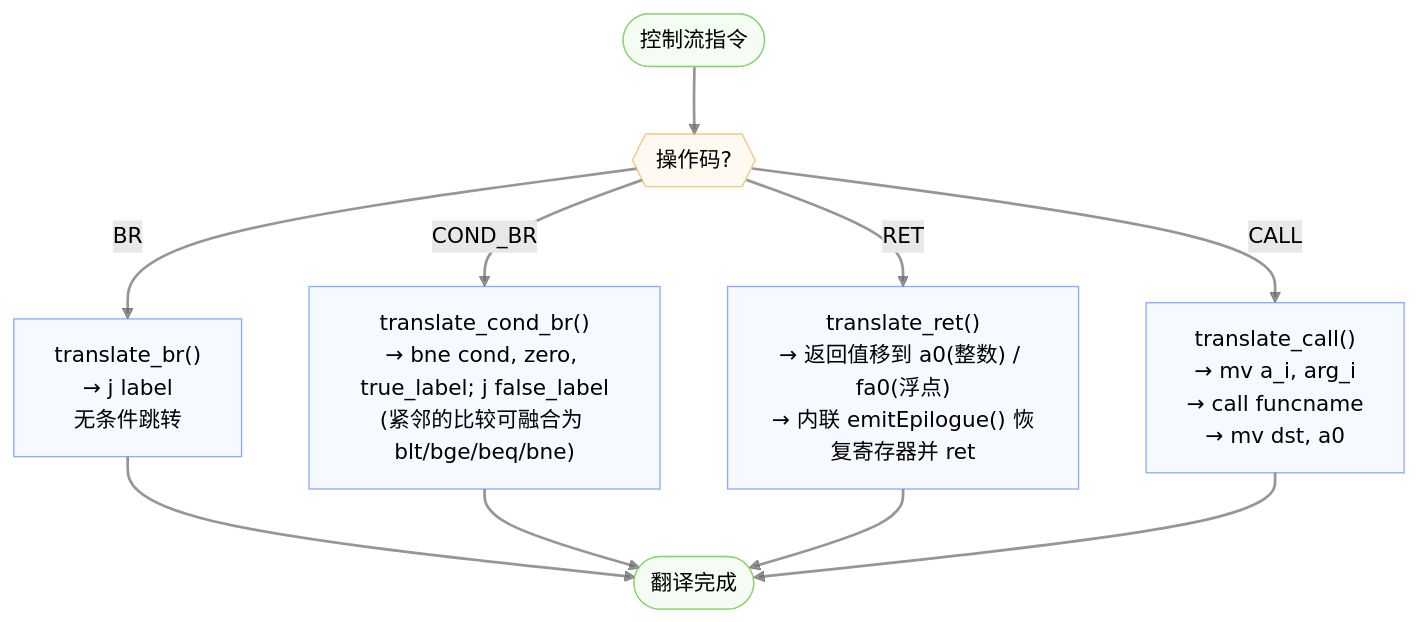
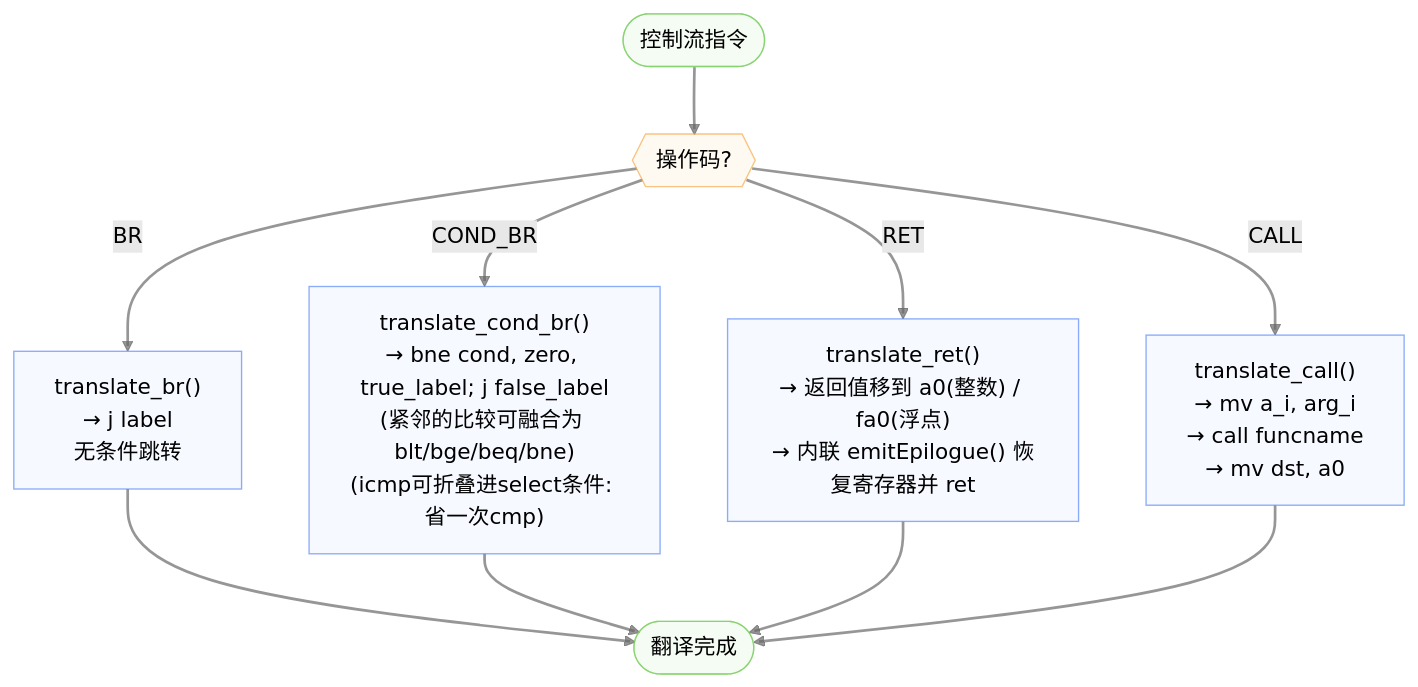
Before and after one commit to LLLLLLLLazy/compiler-lite: the sixth of 10 diagrams in docs/backend-instselect.md, drawn with Mermaid (forest theme). The commit also changed other lines of this file and 6 other files, not shown here.

````diff
--- a/docs/backend-instselect.md
+++ b/docs/backend-instselect.md
@@ -155,22 +155,22 @@
 ```mermaid
 flowchart TD
     Start(["控制流指令"]) --> OpCheck{{"操作码?"}}
     OpCheck -- "BR" --> T_br["translate_br()<br>→ j label<br>无条件跳转"]
-    OpCheck -- "COND_BR" --> T_condbr["translate_cond_br()<br>→ bne cond, zero, true_label; j false_label<br>(紧邻的比较可融合为 blt/bge/beq/bne)"]
+    OpCheck -- "COND_BR" --> T_condbr["translate_cond_br()<br>→ bne cond, zero, true_label; j false_label<br>(紧邻的比较可融合为 blt/bge/beq/bne)<br>(icmp可折叠进select条件: 省一次cmp)"]
     OpCheck -- "RET" --> T_ret["translate_ret()<br>→ 返回值移到 a0(整数) / fa0(浮点)<br>→ 内联 emitEpilogue() 恢复寄存器并 ret"]
     OpCheck -- "CALL" --> T_call["translate_call()<br>→ mv a_i, arg_i<br>→ call funcname<br>→ mv dst, a0"]
 
     T_br & T_condbr & T_ret & T_call --> End(["翻译完成"])
 
     %%Node styles
     classDef default fill:#E2EAFE4F,stroke:#5A88F6AF
     classDef endNode fill:#DDF4D84F,stroke:#7DCF62AF
     classDef decisionNode fill:#FCEBD34f,stroke:#F6AA4BAF
 
     %%Link styles
     linkStyle default stroke:#666666AF,stroke-width:2px
 
     %%Node classes
     class Start,End endNode
     class OpCheck decisionNode
 ```
````
